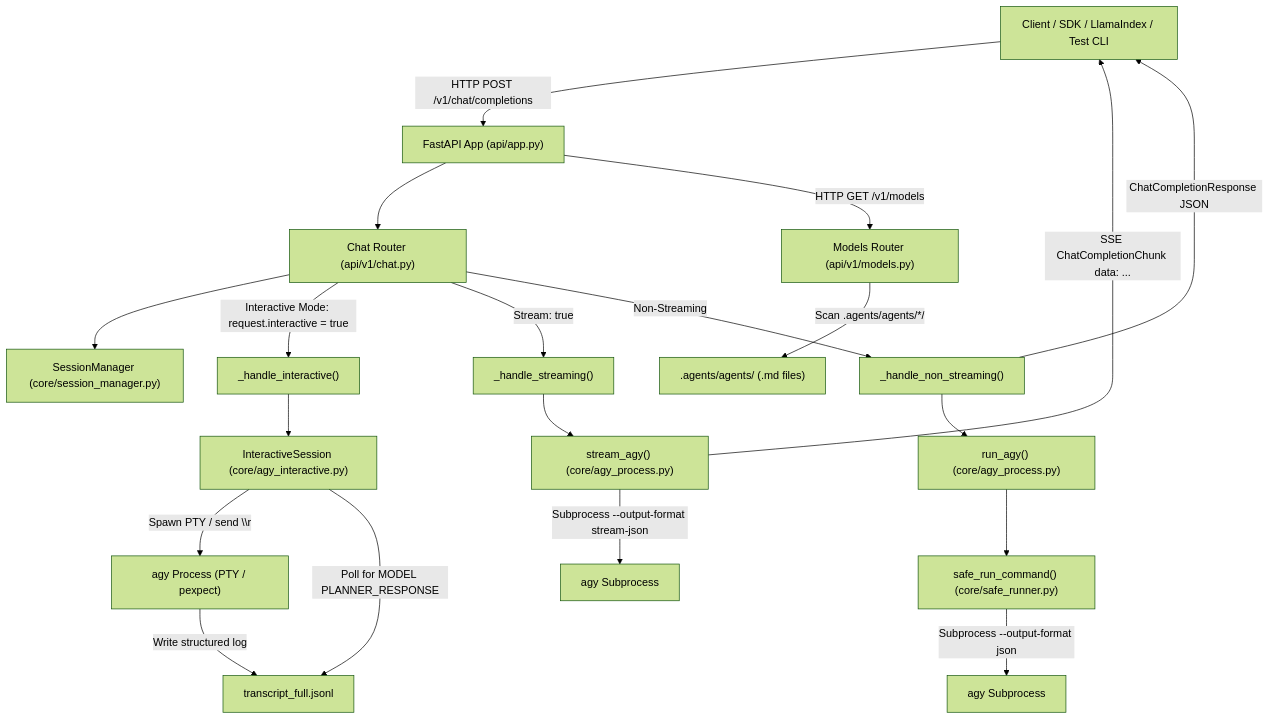
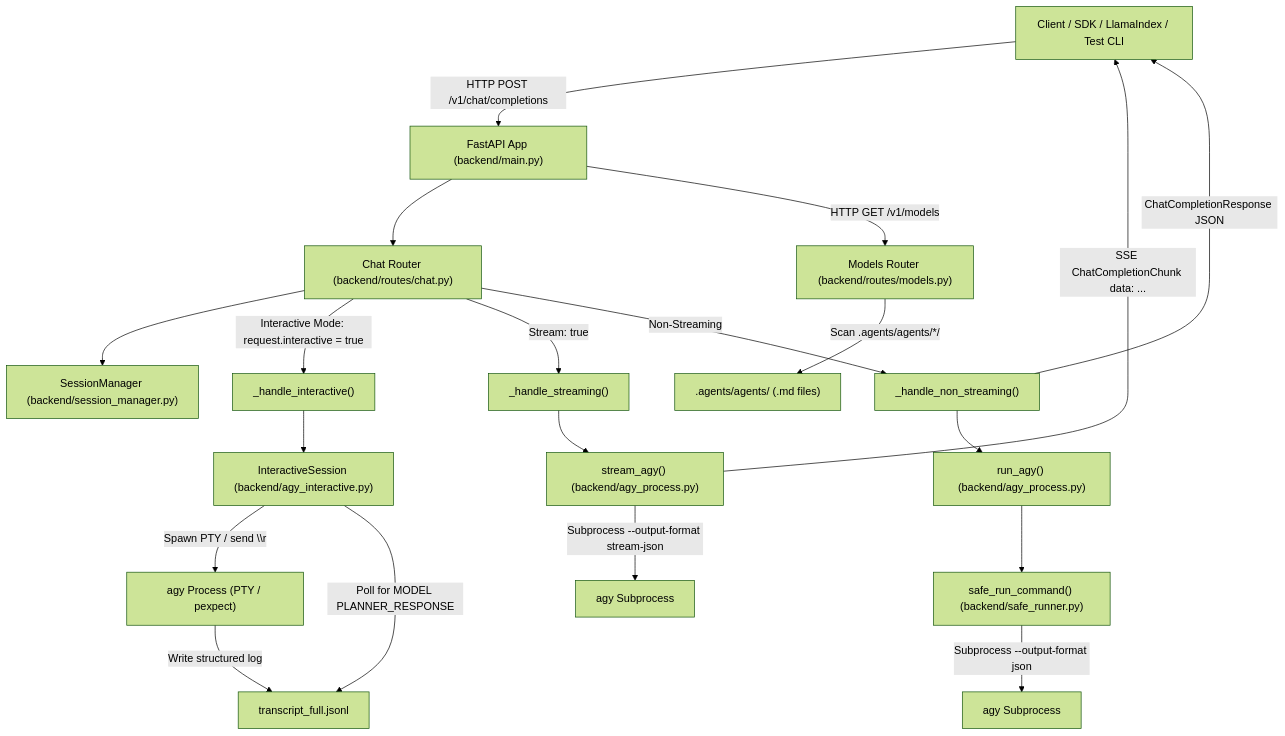
One commit to ablondel42/hebras-ai changed the diagram in AGENTS.md. Above: the diagram before and after it, drawn with Mermaid (forest theme). The commit also changed other lines of this file and 41 other files, not shown here.

````diff
--- a/AGENTS.md
+++ b/AGENTS.md
@@ -25,27 +25,27 @@
 ```mermaid
 flowchart TD
-    Client["Client / SDK / LlamaIndex / Test CLI"] -->|HTTP POST /v1/chat/completions| FastAPI["FastAPI App (api/app.py)"]
-    FastAPI --> ChatRouter["Chat Router (api/v1/chat.py)"]
-    ChatRouter --> SessionMgr["SessionManager (core/session_manager.py)"]
+    Client["Client / SDK / LlamaIndex / Test CLI"] -->|HTTP POST /v1/chat/completions| FastAPI["FastAPI App (backend/main.py)"]
+    FastAPI --> ChatRouter["Chat Router (backend/routes/chat.py)"]
+    ChatRouter --> SessionMgr["SessionManager (backend/session_manager.py)"]
 
     ChatRouter -->|Interactive Mode: request.interactive = true| PTYHandler["_handle_interactive()"]
     ChatRouter -->|Stream: true| StreamHandler["_handle_streaming()"]
     ChatRouter -->|Non-Streaming| SyncHandler["_handle_non_streaming()"]
 
-    PTYHandler --> InteractiveSession["InteractiveSession (core/agy_interactive.py)"]
+    PTYHandler --> InteractiveSession["InteractiveSession (backend/agy_interactive.py)"]
     InteractiveSession -->|Spawn PTY / send \\r| AgyPTY["agy Process (PTY / pexpect)"]
     AgyPTY -->|Write structured log| Transcript["transcript_full.jsonl"]
     InteractiveSession -->|Poll for MODEL PLANNER_RESPONSE| Transcript
 
-    StreamHandler --> StreamAgy["stream_agy() (core/agy_process.py)"]
+    StreamHandler --> StreamAgy["stream_agy() (backend/agy_process.py)"]
     StreamAgy -->|Subprocess --output-format stream-json| AgyStreamProc["agy Subprocess"]
     StreamAgy -->|SSE ChatCompletionChunk data: ...| Client
 
-    SyncHandler --> RunAgy["run_agy() (core/agy_process.py)"]
-    RunAgy --> SafeRunner["safe_run_command() (core/safe_runner.py)"]
+    SyncHandler --> RunAgy["run_agy() (backend/agy_process.py)"]
+    RunAgy --> SafeRunner["safe_run_command() (backend/safe_runner.py)"]
     SafeRunner -->|Subprocess --output-format json| AgyProc["agy Subprocess"]
     SyncHandler -->|ChatCompletionResponse JSON| Client
 
-    FastAPI -->|HTTP GET /v1/models| ModelsRouter["Models Router (api/v1/models.py)"]
+    FastAPI -->|HTTP GET /v1/models| ModelsRouter["Models Router (backend/routes/models.py)"]
     ModelsRouter -->|Scan .agents/agents/*/| AgentConfigs[".agents/agents/ (.md files)"]
 ```
````
